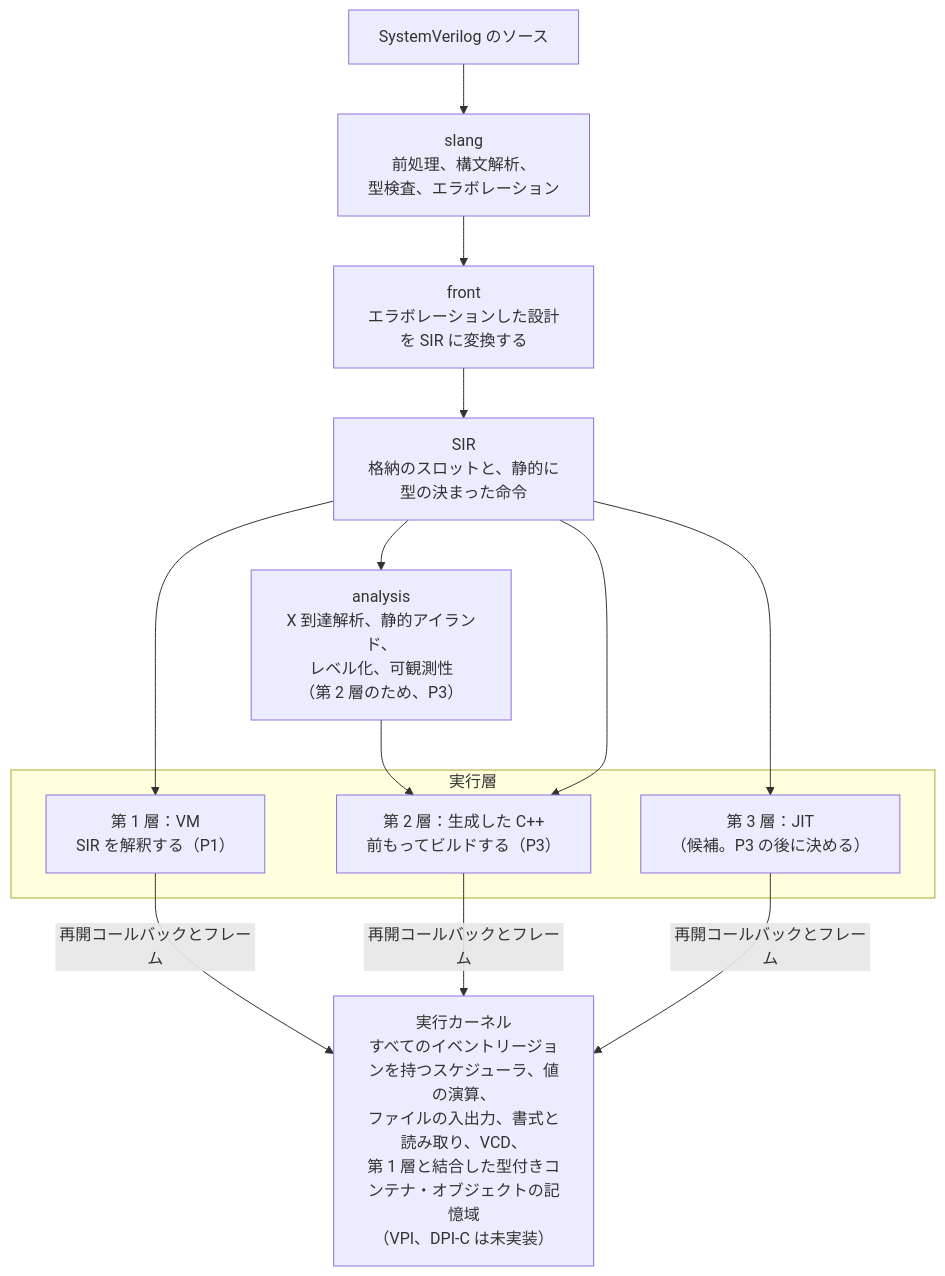
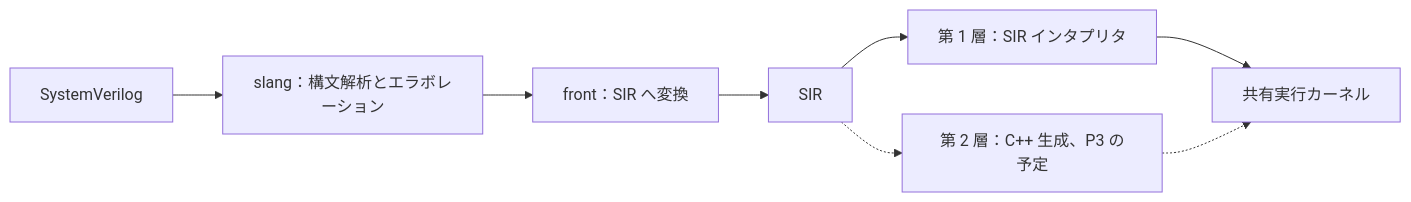
The diagram in README.ja.md (kurochan001/kirimasim), drawn with Mermaid before and after one commit. The commit also changed other lines of this file and 85 other files, not shown here.

````diff
--- a/README.ja.md
+++ b/README.ja.md
@@ -595,22 +169,8 @@
 ```mermaid
-flowchart TD
-    src["SystemVerilog のソース"]
-    slang["slang<br/>前処理、構文解析、<br/>型検査、エラボレーション"]
-    front["front<br/>エラボレーションした設計を SIR に変換する"]
-    sir["SIR<br/>格納のスロットと、静的に型の決まった命令"]
-    analysis["analysis<br/>X 到達解析、静的アイランド、<br/>レベル化、可観測性<br/>（第 2 層のため、P3）"]
-    subgraph tiers["実行層"]
-        t1["第 1 層：VM<br/>SIR を解釈する（P1）"]
-        t2["第 2 層：生成した C++<br/>前もってビルドする（P3）"]
-        t3["第 3 層：JIT<br/>（候補。P3 の後に決める）"]
-    end
-    kernel["実行カーネル<br/>すべてのイベントリージョンを持つスケジューラ、値の演算、<br/>ファイルの入出力、書式と読み取り、VCD、<br/>第 1 層と結合した型付きコンテナ・オブジェクトの記憶域<br/>（VPI、DPI-C は未実装）"]
-    src --> slang --> front --> sir
-    sir --> t1
-    sir --> analysis --> t2
-    sir --> t2
-    sir --> t3
-    t1 -->|"再開コールバックとフレーム"| kernel
-    t2 -->|"再開コールバックとフレーム"| kernel
-    t3 -->|"再開コールバックとフレーム"| kernel
+flowchart LR
+    source[SystemVerilog] --> slang["slang：構文解析とエラボレーション"]
+    slang --> front["front：SIR へ変換"] --> sir[SIR]
+    sir --> vm["第 1 層：SIR インタプリタ"] --> kernel["共有実行カーネル"]
+    sir -.-> cpp["第 2 層：C++ 生成、P3 の予定"]
+    cpp -.-> kernel
 ```
````
